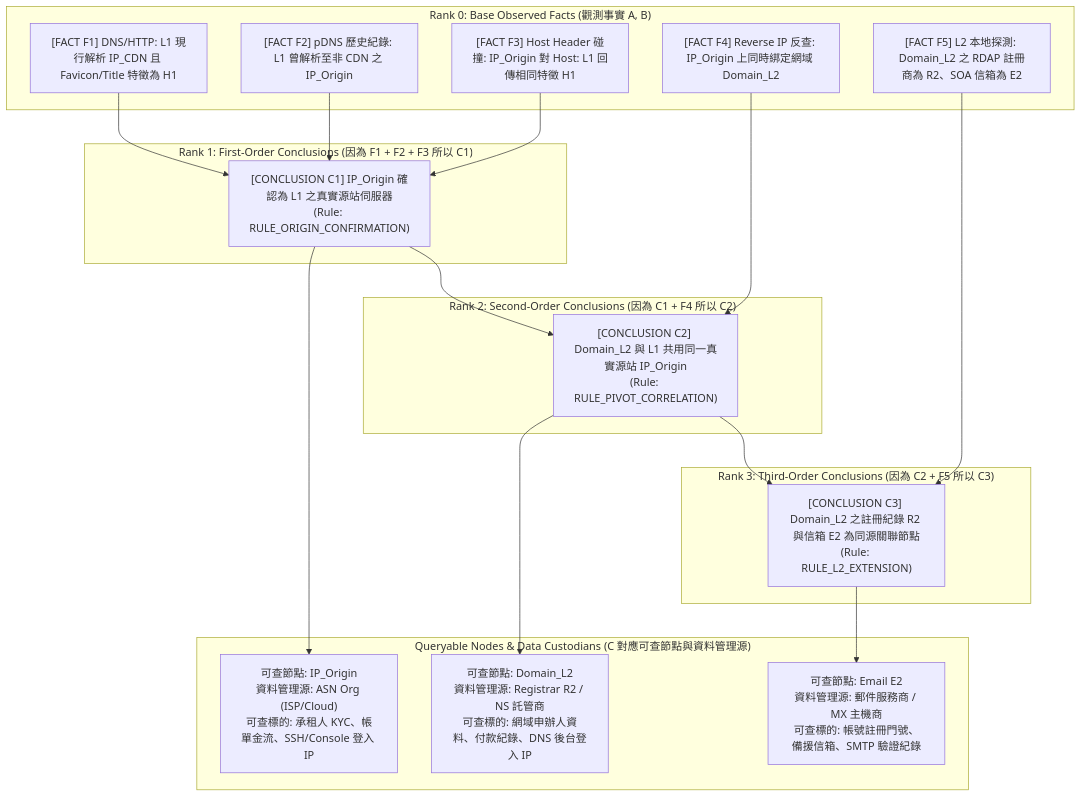
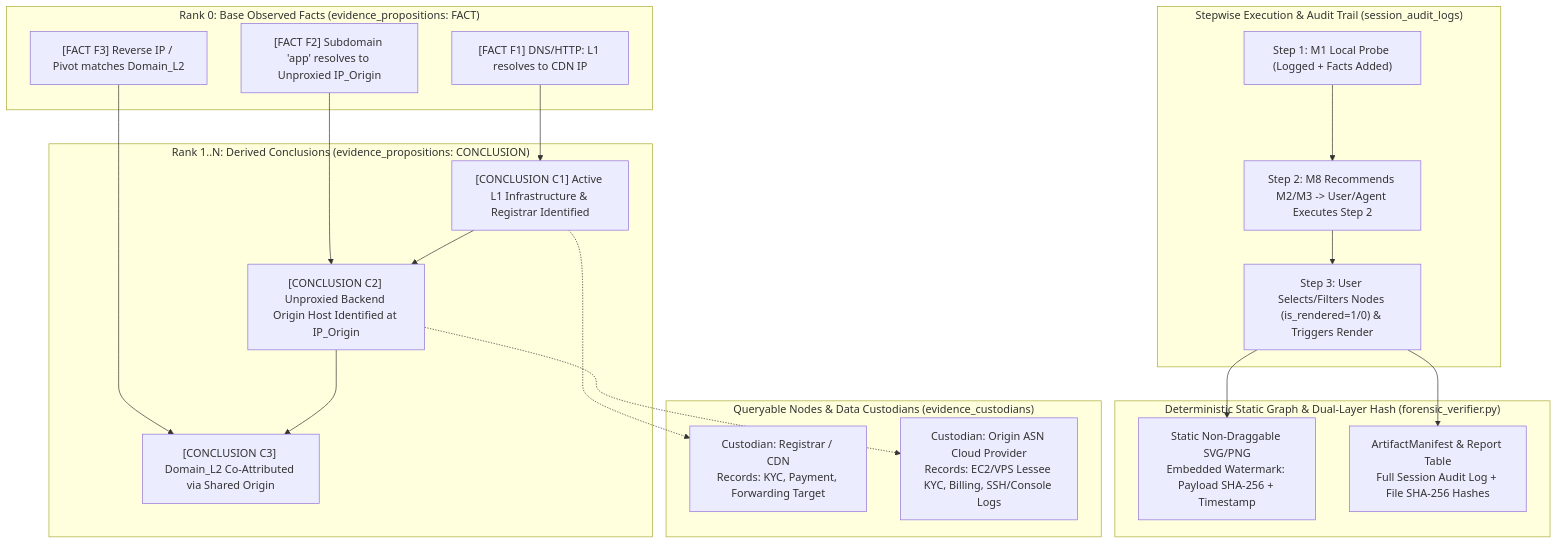
Before and after one commit to jontykuan/Ariadns: the second of 2 diagrams in .mnb/ARCHITECTURE.md, drawn with Mermaid. The commit also changed other lines of this file and 11 other files, not shown here.

Commit message:
docs(mnb): anchor standards, architecture and tickets 22-28 for forensic workbench

````diff
--- a/.mnb/ARCHITECTURE.md
+++ b/.mnb/ARCHITECTURE.md
@@ -57,36 +56,38 @@
 ```mermaid
 flowchart TD
-    subgraph Rank0 ["Rank 0: Base Observed Facts (觀測事實 A, B)"]
-        F1["[FACT F1] DNS/HTTP: L1 現行解析 IP_CDN 且 Favicon/Title 特徵為 H1"]
-        F2["[FACT F2] pDNS 歷史紀錄: L1 曾解析至非 CDN 之 IP_Origin"]
-        F3["[FACT F3] Host Header 碰撞: IP_Origin 對 Host: L1 回傳相同特徵 H1"]
-        F4["[FACT F4] Reverse IP 反查: IP_Origin 上同時綁定網域 Domain_L2"]
-        F5["[FACT F5] L2 本地探測: Domain_L2 之 RDAP 註冊商為 R2、SOA 信箱為 E2"]
+    subgraph Stepwise ["Stepwise Execution & Audit Trail (session_audit_logs)"]
+        S1["Step 1: M1 Local Probe (Logged + Facts Added)"]
+        S2["Step 2: M8 Recommends M2/M3 -> User/Agent Executes Step 2"]
+        S3["Step 3: User Selects/Filters Nodes (is_rendered=1/0) & Triggers Render"]
     end
 
-    subgraph Rank1 ["Rank 1: First-Order Conclusions (因為 F1 + F2 + F3 所以 C1)"]
-        C1["[CONCLUSION C1] IP_Origin 確認為 L1 之真實源站伺服器\n(Rule: RULE_ORIGIN_CONFIRMATION)"]
+    subgraph Rank0 ["Rank 0: Base Observed Facts (evidence_propositions: FACT)"]
+        F1["[FACT F1] DNS/HTTP: L1 resolves to CDN IP"]
+        F2["[FACT F2] Subdomain 'app' resolves to Unproxied IP_Origin"]
+        F3["[FACT F3] Reverse IP / Pivot matches Domain_L2"]
     end
 
-    subgraph Rank2 ["Rank 2: Second-Order Conclusions (因為 C1 + F4 所以 C2)"]
-        C2["[CONCLUSION C2] Domain_L2 與 L1 共用同一真實源站 IP_Origin\n(Rule: RULE_PIVOT_CORRELATION)"]
+    subgraph Rank1 ["Rank 1..N: Derived Conclusions (evidence_propositions: CONCLUSION)"]
+        C1["[CONCLUSION C1] Active L1 Infrastructure & Registrar Identified"]
+        C2["[CONCLUSION C2] Unproxied Backend Origin Host Identified at IP_Origin"]
+        C3["[CONCLUSION C3] Domain_L2 Co-Attributed via Shared Origin"]
     end
 
-    subgraph Rank3 ["Rank 3: Third-Order Conclusions (因為 C2 + F5 所以 C3)"]
-        C3["[CONCLUSION C3] Domain_L2 之註冊紀錄 R2 與信箱 E2 為同源關聯節點\n(Rule: RULE_L2_EXTENSION)"]
+    subgraph Custodians ["Queryable Nodes & Data Custodians (evidence_custodians)"]
+        DC1["Custodian: Registrar / CDN\nRecords: KYC, Payment, Forwarding Target"]
+        DC2["Custodian: Origin ASN Cloud Provider\nRecords: EC2/VPS Lessee KYC, Billing, SSH/Console Logs"]
     end
 
-    subgraph Custodians ["Queryable Nodes & Data Custodians (C 對應可查節點與資料管理源)"]
-        DC1["可查節點: IP_Origin\n資料管理源: ASN Org (ISP/Cloud)\n可查標的: 承租人 KYC、帳單金流、SSH/Console 登入 IP"]
-        DC2["可查節點: Domain_L2\n資料管理源: Registrar R2 / NS 託管商\n可查標的: 網域申辦人資料、付款紀錄、DNS 後台登入 IP"]
-        DC3["可查節點: Email E2\n資料管理源: 郵件服務商 / MX 主機商\n可查標的: 帳號註冊門號、備援信箱、SMTP 驗證紀錄"]
+    subgraph Verification ["Deterministic Static Graph & Dual-Layer Hash (forensic_verifier.py)"]
+        SVG["Static Non-Draggable SVG/PNG\nEmbedded Watermark: Payload SHA-256 + Timestamp"]
+        MAN["ArtifactManifest & Report Table\nFull Session Audit Log + File SHA-256 Hashes"]
     end
 
-    F1 & F2 & F3 --> C1
-    C1 & F4 --> C2
-    C2 & F5 --> C3
-
-    C1 --> DC1
-    C2 --> DC2
-    C3 --> DC3
+    S1 --> S2 --> S3
+    F1 --> C1
+    F2 & C1 --> C2
+    F3 & C2 --> C3
+    C1 -.-> DC1
+    C2 -.-> DC2
+    S3 --> SVG & MAN
 ```
````
